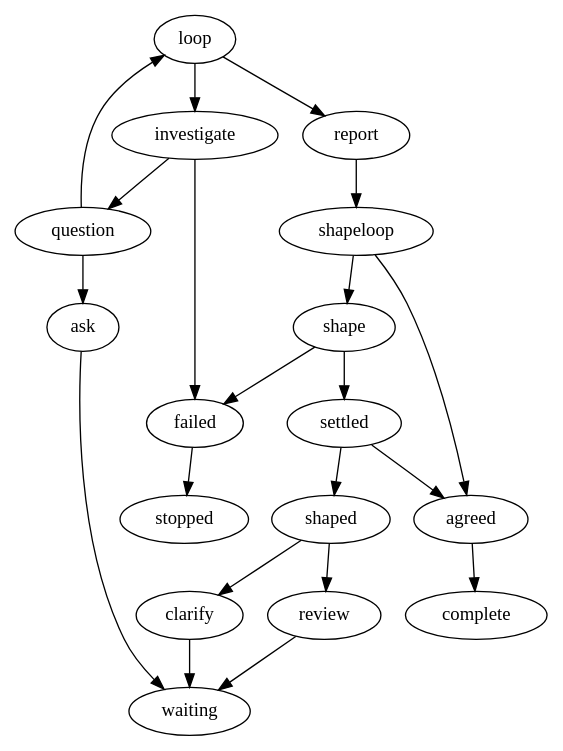
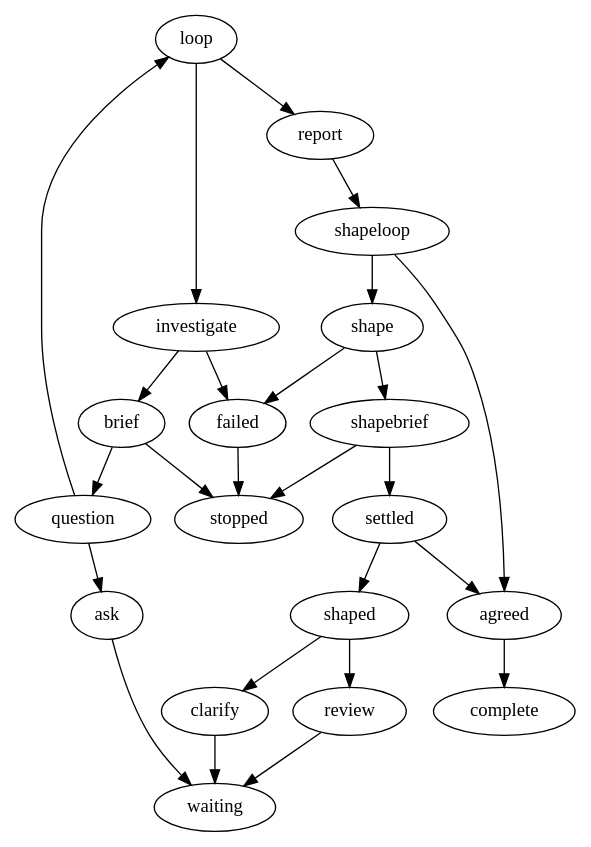
The diagram in internal/teamsource/research/research.dot (marioatcloudvane/litefactory), drawn with Graphviz before and after one commit. The commit also changed 56 other files, not shown here.

```diff
--- a/internal/teamsource/research/research.dot
+++ b/internal/teamsource/research/research.dot
@@ -1,64 +1,70 @@
 // Research runs in two owner-authorized stages, each with one reasoning role.
 //
 // Clarification is an introduction: one pass, publish, hand on. Shaping is
 // where the work happens, so it cannot advance on its own — the only edge into
 // its final publication needs "approved", which an agent may return only when
 // an owner reply said so. Everything else loops back for another pass.
 //
 // One run advances one stage. Publishing the report parks the instance, and a
 // graph dispatch carries it into the run that continues it. Limits persist
 // across replies, and every loop, branch and comment names the agent whose
 // response it reads, so a later stage bootstraps from its own default instead
 // of inheriting the previous one's. The ask default initializes only the first
 // evaluation of each stage.
 digraph research {
  graph [team="builtin", mode="research", profile_version="1", start="loop"];
 
  // ---- Stage 1: clarification -------------------------------------------
- loop        [lf_action="lf_research_loop",    lf_outcomes="true,false", lf_field="response", lf_condition="ask", lf_default="ask", lf_limit="8", lf_source="investigate"];
- investigate [lf_action="lf_research_agent",   lf_outcomes="success,failed", lf_agent_markdown="research", lf_skills="research-evidence", lf_limit="8"];
- question    [lf_action="lf_research_if",      lf_outcomes="true,false", lf_field="response", lf_condition="ask", lf_limit="8", lf_source="investigate"];
- ask         [lf_action="lf_research_comment", lf_outcomes="published", lf_kind="question", lf_limit="8", lf_source="investigate"];
- report      [lf_action="lf_research_comment", lf_outcomes="published", lf_kind="final",    lf_limit="1", lf_source="investigate"];
+ loop        [lf_action="lf_loop",    lf_outcomes="true,false", lf_field="response", lf_condition="ask", lf_default="ask", lf_limit="8", lf_source="investigate"];
+ brief [lf_action="lf_research_brief", lf_outcomes="success,failed", lf_source="investigate", lf_limit="8"];
+ investigate [lf_action="lf_agent",   lf_outcomes="success,failed", lf_agent_markdown="research", lf_skills="research-evidence", lf_limit="8"];
+ question    [lf_action="lf_if",      lf_outcomes="true,false", lf_field="response", lf_condition="ask", lf_limit="8", lf_source="investigate"];
+ ask         [lf_action="lf_ask", lf_outcomes="published", lf_kind="question", lf_limit="8", lf_source="investigate"];
+ report      [lf_action="lf_comment", lf_outcomes="published", lf_kind="final",    lf_limit="1", lf_source="investigate"];
 
  // ---- Stage 2: shaping ---------------------------------------------------
- shapeloop   [lf_action="lf_research_loop",    lf_outcomes="true,false", lf_field="response", lf_condition="ask", lf_default="ask", lf_limit="8", lf_source="shape"];
- shape       [lf_action="lf_research_agent",   lf_outcomes="success,failed", lf_agent_markdown="shaping", lf_skills="research-evidence", lf_limit="8"];
- settled     [lf_action="lf_research_if",      lf_outcomes="true,false", lf_field="response", lf_condition="approved", lf_limit="8", lf_source="shape"];
- shaped      [lf_action="lf_research_if",      lf_outcomes="true,false", lf_field="response", lf_condition="ask", lf_limit="8", lf_source="shape"];
- clarify     [lf_action="lf_research_comment", lf_outcomes="published", lf_kind="question", lf_limit="8", lf_source="shape"];
- review      [lf_action="lf_research_comment", lf_outcomes="published", lf_kind="review",   lf_limit="8", lf_source="shape"];
- agreed      [lf_action="lf_research_comment", lf_outcomes="published", lf_kind="final",    lf_limit="1", lf_source="shape"];
+ shapeloop   [lf_action="lf_loop",    lf_outcomes="true,false", lf_field="response", lf_condition="ask", lf_default="ask", lf_limit="8", lf_source="shape"];
+ shapebrief [lf_action="lf_research_brief", lf_outcomes="success,failed", lf_source="shape", lf_limit="8"];
+ shape       [lf_action="lf_agent",   lf_outcomes="success,failed", lf_agent_markdown="shaping", lf_skills="research-evidence", lf_limit="8"];
+ settled     [lf_action="lf_if",      lf_outcomes="true,false", lf_field="response", lf_condition="approved", lf_limit="8", lf_source="shape"];
+ shaped      [lf_action="lf_if",      lf_outcomes="true,false", lf_field="response", lf_condition="ask", lf_limit="8", lf_source="shape"];
+ clarify     [lf_action="lf_ask", lf_outcomes="published", lf_kind="question", lf_limit="8", lf_source="shape"];
+ review      [lf_action="lf_ask", lf_outcomes="published", lf_kind="review",   lf_limit="8", lf_source="shape"];
+ agreed      [lf_action="lf_comment", lf_outcomes="published", lf_kind="final",    lf_limit="1", lf_source="shape"];
 
  // ---- Failure and terminals ----------------------------------------------
- failed      [lf_action="lf_research_comment", lf_outcomes="published", lf_kind="failure",  lf_limit="1"];
+ failed      [lf_action="lf_comment", lf_outcomes="published", lf_kind="failure",  lf_limit="1"];
  waiting     [lf_terminal="true"];
  complete    [lf_terminal="true"];
  stopped     [lf_terminal="true"];
 
  // Stage 1: investigate until the request is clear, then report and hand on.
  loop        -> investigate [lf_on="true"];
  loop        -> report      [lf_on="false"];
- investigate -> question    [lf_on="success"];
+ investigate -> brief       [lf_on="success"];
+ brief -> question [lf_on="success"];
+ brief -> stopped [lf_on="failed"];
  question    -> ask         [lf_on="true"];    // needs an answer
  question    -> loop        [lf_on="false"];   // nothing to ask; report
  ask         -> waiting     [lf_on="published"];
  report      -> shapeloop   [lf_on="published"];  // hands over; does not end
 
  // Stage 2: shape, show the owner, and advance only once they approve.
  shapeloop   -> shape       [lf_on="true"];
  shapeloop   -> agreed      [lf_on="false"];
- shape       -> settled     [lf_on="success"];
+ shape       -> shapebrief  [lf_on="success"];
+ shapebrief -> settled [lf_on="success"];
+ shapebrief -> stopped [lf_on="failed"];
  settled     -> agreed      [lf_on="true"];    // the owner approved
  settled     -> shaped      [lf_on="false"];
  shaped      -> clarify     [lf_on="true"];    // needs an answer
  shaped      -> review      [lf_on="false"];   // has a draft; asks if it stands
  clarify     -> waiting     [lf_on="published"];
  review      -> waiting     [lf_on="published"];
  agreed      -> complete    [lf_on="published"];
 
  // A failed stage reports why and stops; nothing retries on its own.
  investigate -> failed      [lf_on="failed"];
  shape       -> failed      [lf_on="failed"];
  failed      -> stopped     [lf_on="published"];
 }
```
